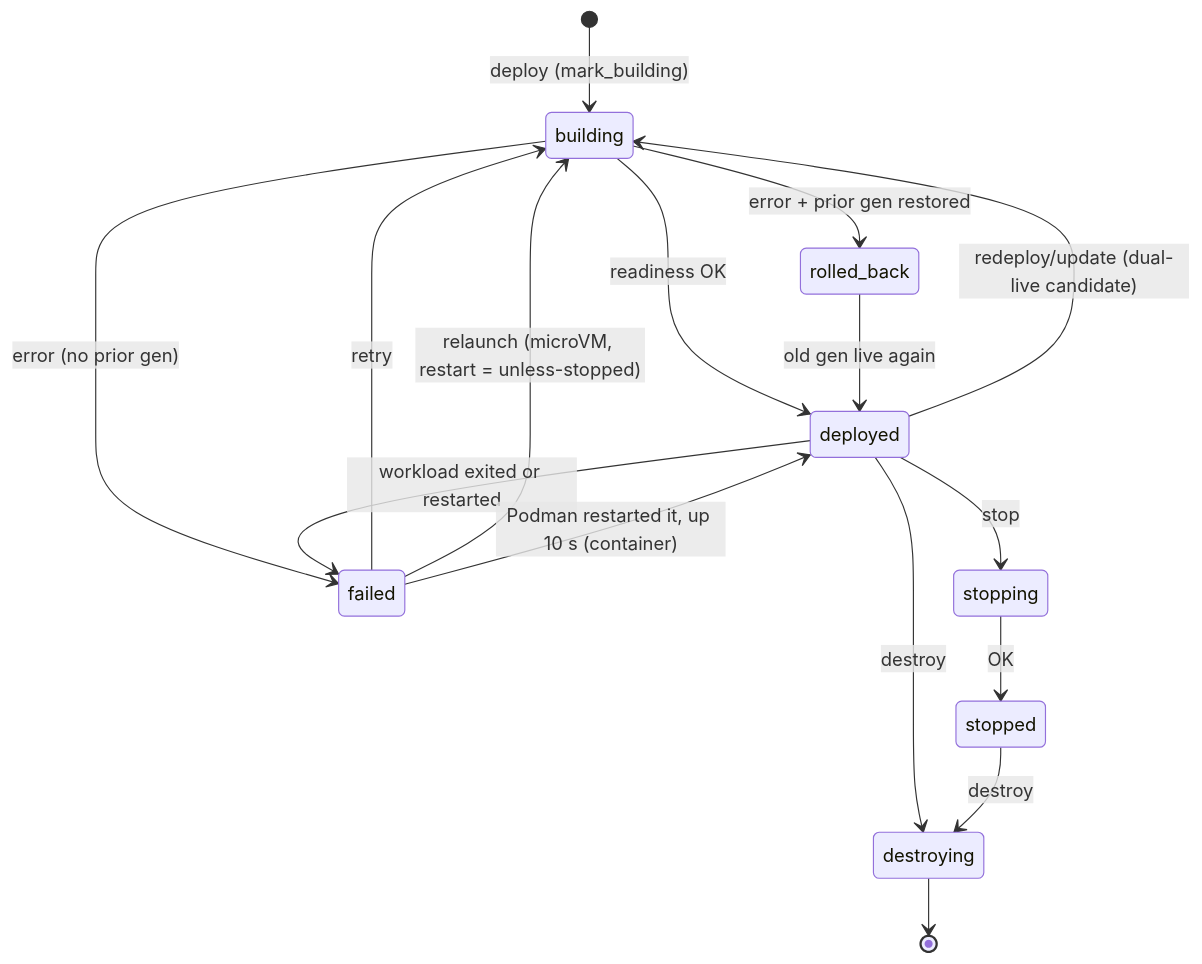
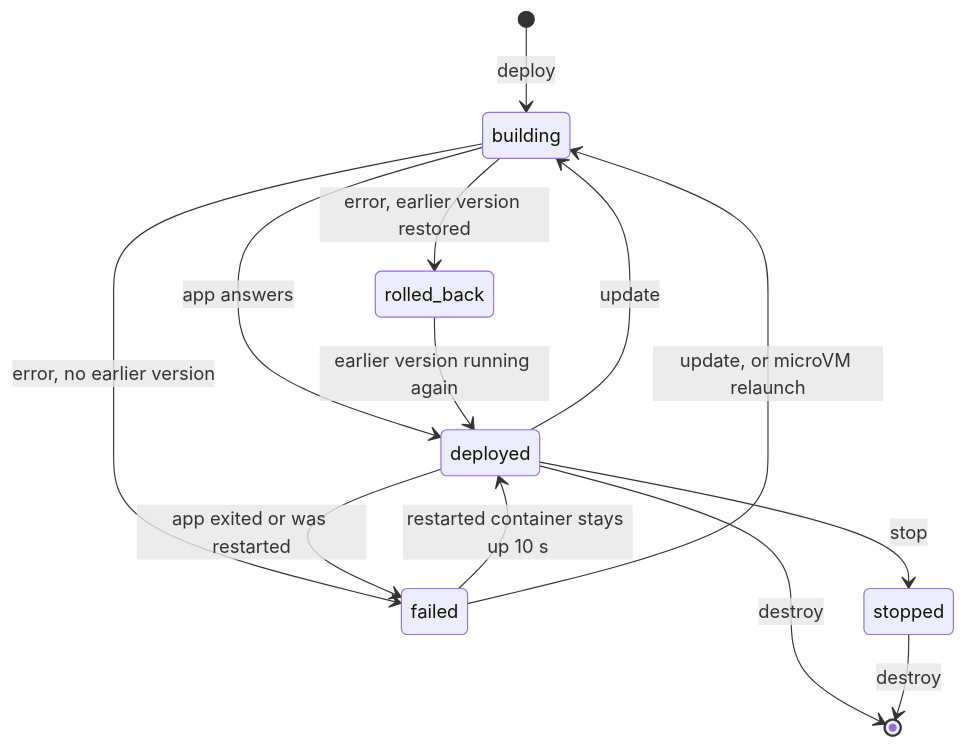
Before and after one commit to daschinmoy21/russel: the diagram in docs/concepts/lifecycle.md, drawn with Mermaid. The commit also changed other lines of this file and 33 other files, not shown here.

````diff
--- a/docs/concepts/lifecycle.md
+++ b/docs/concepts/lifecycle.md
@@ -8,18 +8,15 @@
 ```mermaid
 stateDiagram-v2
-    [*] --> building: deploy (mark_building)
-    building --> deployed: readiness OK
-    building --> failed: error (no prior gen)
-    building --> rolled_back: error + prior gen restored
-    deployed --> stopping: stop
-    stopping --> stopped: OK
-    deployed --> destroying: destroy
-    stopped --> destroying: destroy
-    destroying --> [*]
-    deployed --> building: redeploy/update (dual-live candidate)
-    failed --> building: retry
-    failed --> building: relaunch (microVM, restart = unless-stopped)
-    deployed --> failed: workload exited or restarted
-    failed --> deployed: Podman restarted it, up 10 s (container)
-    rolled_back --> deployed: old gen live again
+    [*] --> building: deploy
+    building --> deployed: app answers
+    building --> failed: error, no earlier version
+    building --> rolled_back: error, earlier version restored
+    deployed --> building: update
+    deployed --> stopped: stop
+    deployed --> failed: app exited or was restarted
+    failed --> deployed: restarted container stays up 10 s
+    failed --> building: update, or microVM relaunch
+    rolled_back --> deployed: earlier version running again
+    deployed --> [*]: destroy
+    stopped --> [*]: destroy
 ```
````
